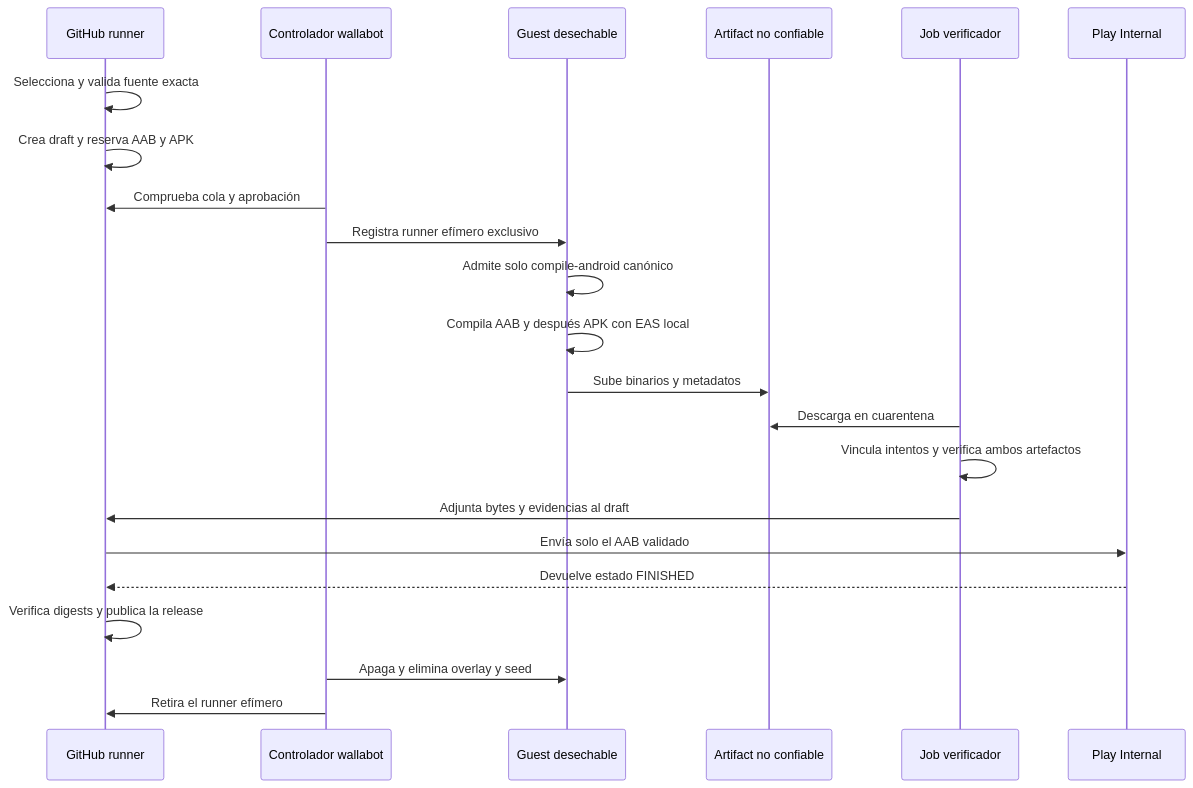
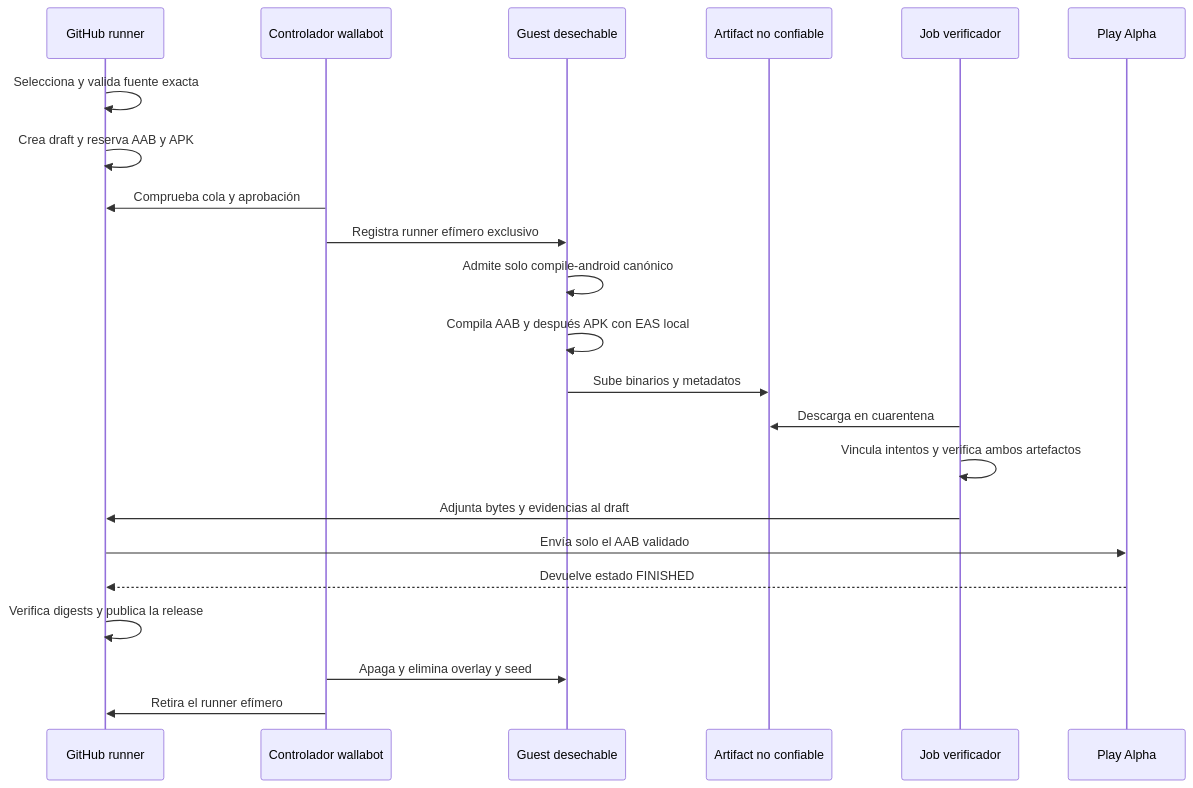
One commit to maximofn/gymnasia changed the fourth of 5 diagrams in openwiki/operations/build-release-and-testing.md. Above: the diagram before and after it, drawn with Mermaid. The commit also changed other lines of this file and 55 other files, not shown here.

````diff
--- a/openwiki/operations/build-release-and-testing.md
+++ b/openwiki/operations/build-release-and-testing.md
@@ -282,24 +276,24 @@
 ```mermaid
 sequenceDiagram
     participant GH as GitHub runner
     participant HC as Controlador wallabot
     participant VM as Guest desechable
     participant UA as Artifact no confiable
     participant VJ as Job verificador
-    participant PI as Play Internal
+    participant PA as Play Alpha
     GH->>GH: Selecciona y valida fuente exacta
     GH->>GH: Crea draft y reserva AAB y APK
     HC->>GH: Comprueba cola y aprobación
     HC->>VM: Registra runner efímero exclusivo
     VM->>VM: Admite solo compile-android canónico
     VM->>VM: Compila AAB y después APK con EAS local
     VM->>UA: Sube binarios y metadatos
     VJ->>UA: Descarga en cuarentena
     VJ->>VJ: Vincula intentos y verifica ambos artefactos
     VJ->>GH: Adjunta bytes y evidencias al draft
-    GH->>PI: Envía solo el AAB validado
-    PI-->>GH: Devuelve estado FINISHED
+    GH->>PA: Envía solo el AAB validado
+    PA-->>GH: Devuelve estado FINISHED
     GH->>GH: Verifica digests y publica la release
     HC->>VM: Apaga y elimina overlay y seed
     HC->>GH: Retira el runner efímero
 ```
````
